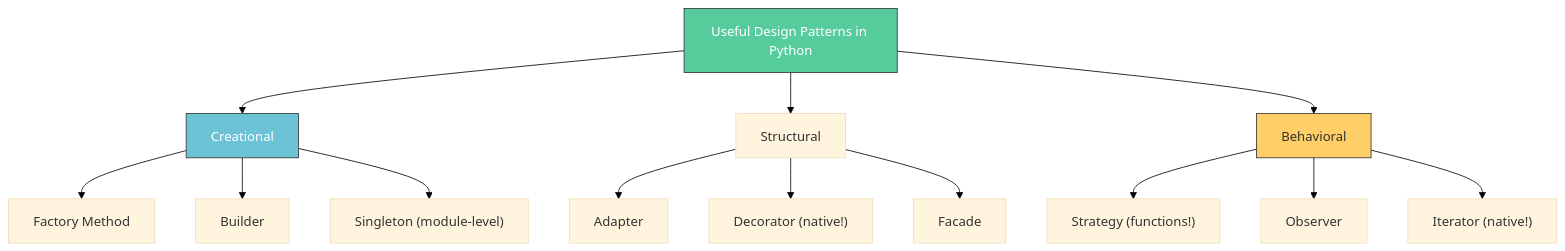
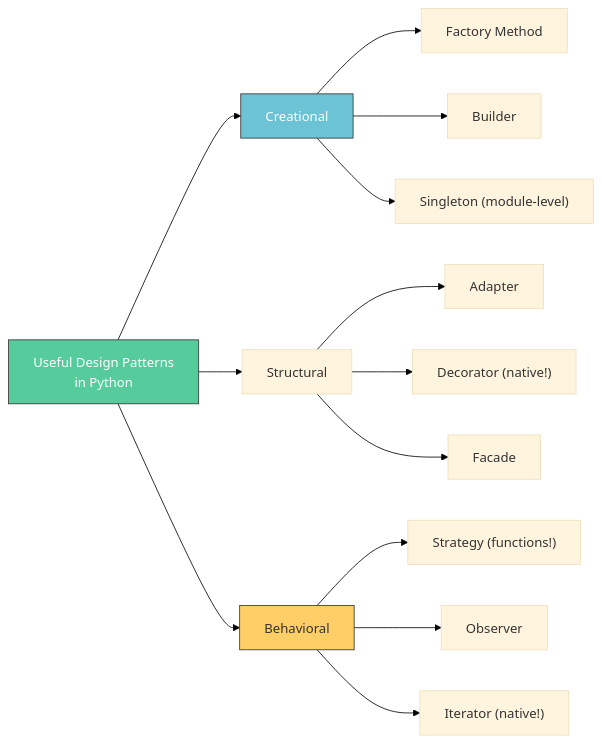
The fourth of 10 diagrams in posts/swe-interview/Python-SWE-Interview-QA-3.qmd (tanquangduong/tanquangduong.github.io), drawn with Mermaid (base theme) before and after one commit. The commit also changed other lines of this file and 10 other files, not shown here.

````diff
--- a/posts/swe-interview/Python-SWE-Interview-QA-3.qmd
+++ b/posts/swe-interview/Python-SWE-Interview-QA-3.qmd
@@ -342,24 +342,24 @@
 ```{mermaid}
-graph TD
+graph LR
     linkStyle default stroke:#000,color:#000
-    DP["Useful Design Patterns in Python"]
+    DP["Useful Design Patterns<br/>in Python"]
     DP --> CREAT["Creational"]
     DP --> STRUCT["Structural"]
     DP --> BEHAV["Behavioral"]
 
     CREAT --> F["Factory Method"]
     CREAT --> B["Builder"]
     CREAT --> S["Singleton (module-level)"]
 
     STRUCT --> A["Adapter"]
     STRUCT --> D["Decorator (native!)"]
     STRUCT --> FA["Facade"]
 
     BEHAV --> ST["Strategy (functions!)"]
     BEHAV --> OB["Observer"]
     BEHAV --> IT["Iterator (native!)"]
 
     style DP fill:#56cc9d,stroke:#333,color:#fff
     style CREAT fill:#6cc3d5,stroke:#333,color:#fff
     style BEHAV fill:#ffce67,stroke:#333
 ```
````
